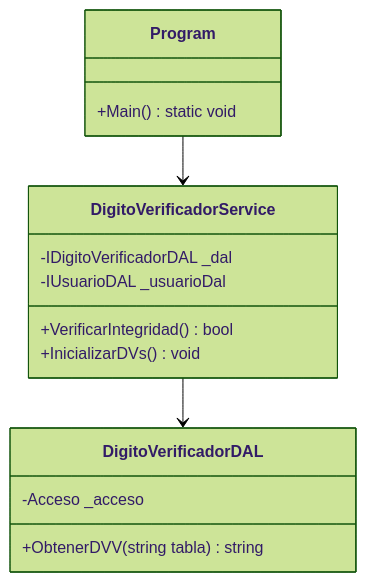
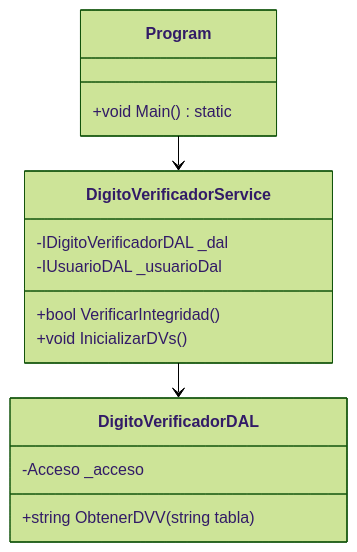
Diagram 11 of 25 in Documentacion/diagrams_code.md (LautiSmyth/Stach), drawn with Mermaid (forest theme) before and after one commit. The commit also changed other lines of this file, not shown here.

Commit message:
Doc: Format all Mermaid diagrams to match student ELK configuration layout and standard C# member type/name declarations

````diff
--- a/Documentacion/diagrams_code.md
+++ b/Documentacion/diagrams_code.md
@@ -264,18 +293,22 @@
 ```mermaid
+---
+config:
+  layout: elk
+---
 classDiagram
     class Program {
-        +Main() static void
+        +void Main() static
     }
     class DigitoVerificadorService {
         -IDigitoVerificadorDAL _dal
         -IUsuarioDAL _usuarioDal
-        +VerificarIntegridad() bool
-        +InicializarDVs() void
+        +bool VerificarIntegridad()
+        +void InicializarDVs()
     }
     class DigitoVerificadorDAL {
         -Acceso _acceso
-        +ObtenerDVV(string tabla) string
+        +string ObtenerDVV(string tabla)
     }
     Program --> DigitoVerificadorService
     DigitoVerificadorService --> DigitoVerificadorDAL
 ```
````
